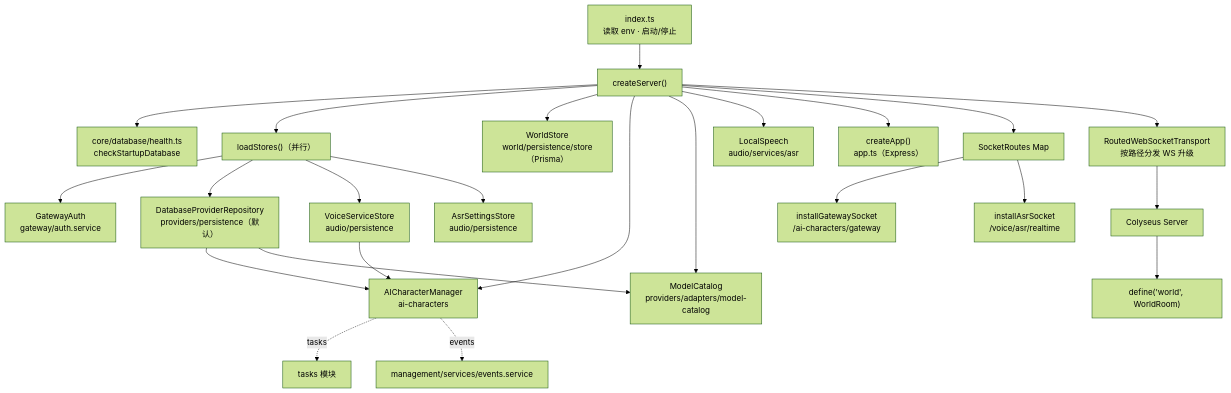
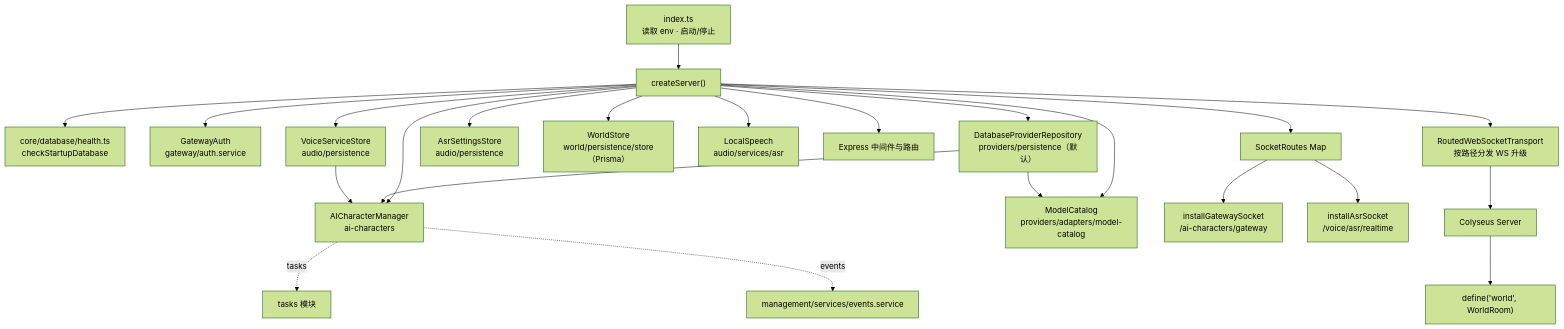
The fourth of 14 diagrams in docs/guide/architecture-diagrams.md (lulabs-org/embocraft), drawn with Mermaid (forest theme) before and after one commit. The commit also changed other lines of this file and 21 other files, not shown here.

````diff
--- a/docs/guide/architecture-diagrams.md
+++ b/docs/guide/architecture-diagrams.md
@@ -87,31 +87,30 @@
 ```mermaid
 graph TD
     Index["index.ts<br/>读取 env · 启动/停止"] --> Create["createServer()"]
 
     Create --> Startup["core/database/health.ts<br/>checkStartupDatabase"]
-    Create --> Stores["loadStores()（并行）"]
-    Stores --> GA["GatewayAuth<br/>gateway/auth.service"]
-    Stores --> PS["DatabaseProviderRepository<br/>providers/persistence（默认）"]
-    Stores --> VS["VoiceServiceStore<br/>audio/persistence"]
-    Stores --> AS["AsrSettingsStore<br/>audio/persistence"]
+    Create --> GA["GatewayAuth<br/>gateway/auth.service"]
+    Create --> PS["DatabaseProviderRepository<br/>providers/persistence（默认）"]
+    Create --> VS["VoiceServiceStore<br/>audio/persistence"]
+    Create --> AS["AsrSettingsStore<br/>audio/persistence"]
 
     Create --> WS["WorldStore<br/>world/persistence/store（Prisma）"]
     Create --> ACM["AICharacterManager<br/>ai-characters"]
     Create --> MC["ModelCatalog<br/>providers/adapters/model-catalog"]
     Create --> LS["LocalSpeech<br/>audio/services/asr"]
 
-    Create --> App["createApp()<br/>app.ts（Express）"]
+    Create --> App["Express 中间件与路由"]
     Create --> Sockets["SocketRoutes Map"]
     Sockets --> GWS["installGatewaySocket<br/>/ai-characters/gateway"]
     Sockets --> ASRS["installAsrSocket<br/>/voice/asr/realtime"]
 
     Create --> Transport["RoutedWebSocketTransport<br/>按路径分发 WS 升级"]
     Transport --> Colyseus["Colyseus Server"]
     Colyseus --> Room["define('world', WorldRoom)"]
 
     ACM -.->|tasks| Tasks["tasks 模块"]
     ACM -.->|events| Events["management/services/events.service"]
     PS --> ACM
     VS --> ACM
     PS --> MC
 ```
````
